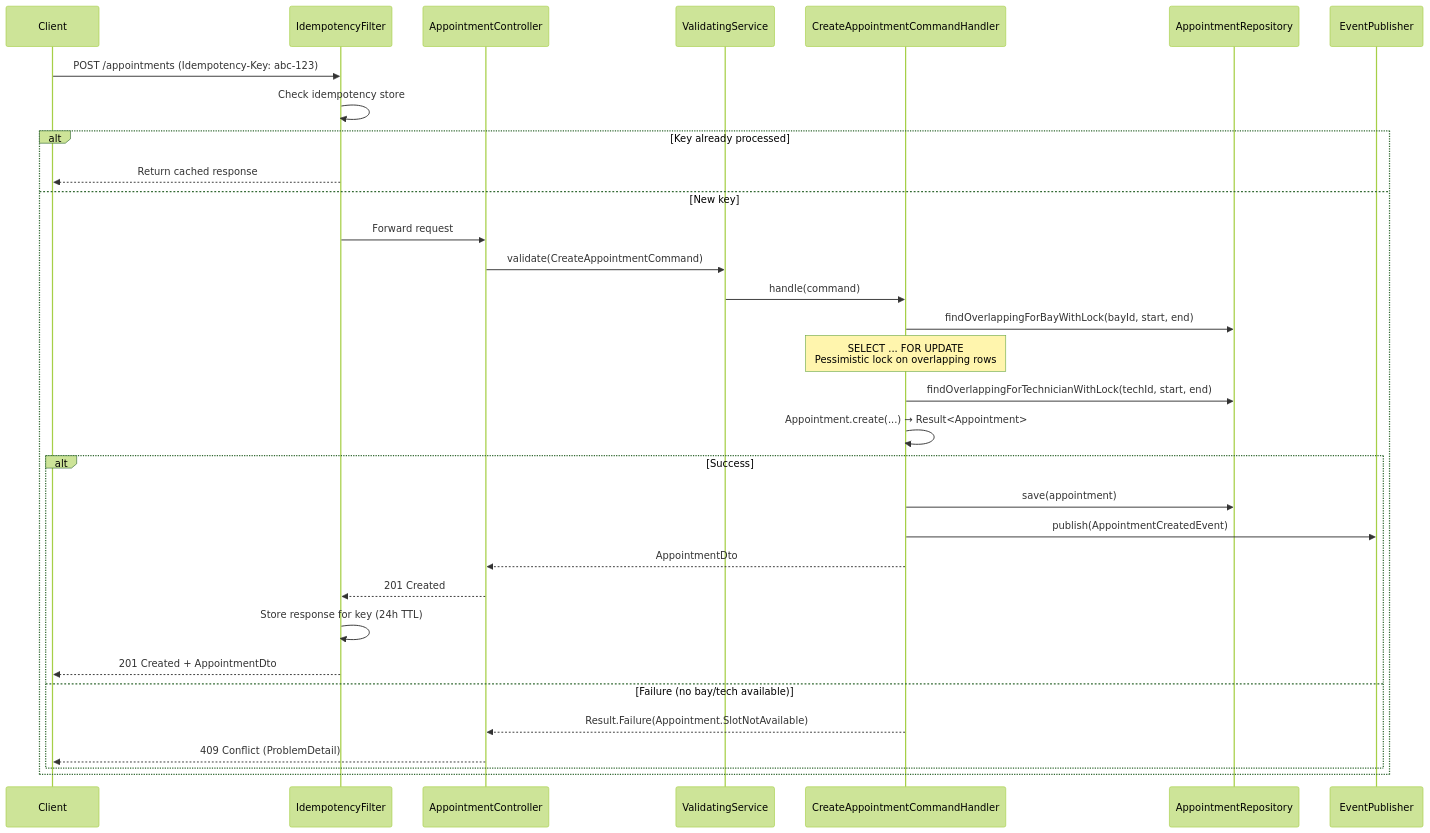
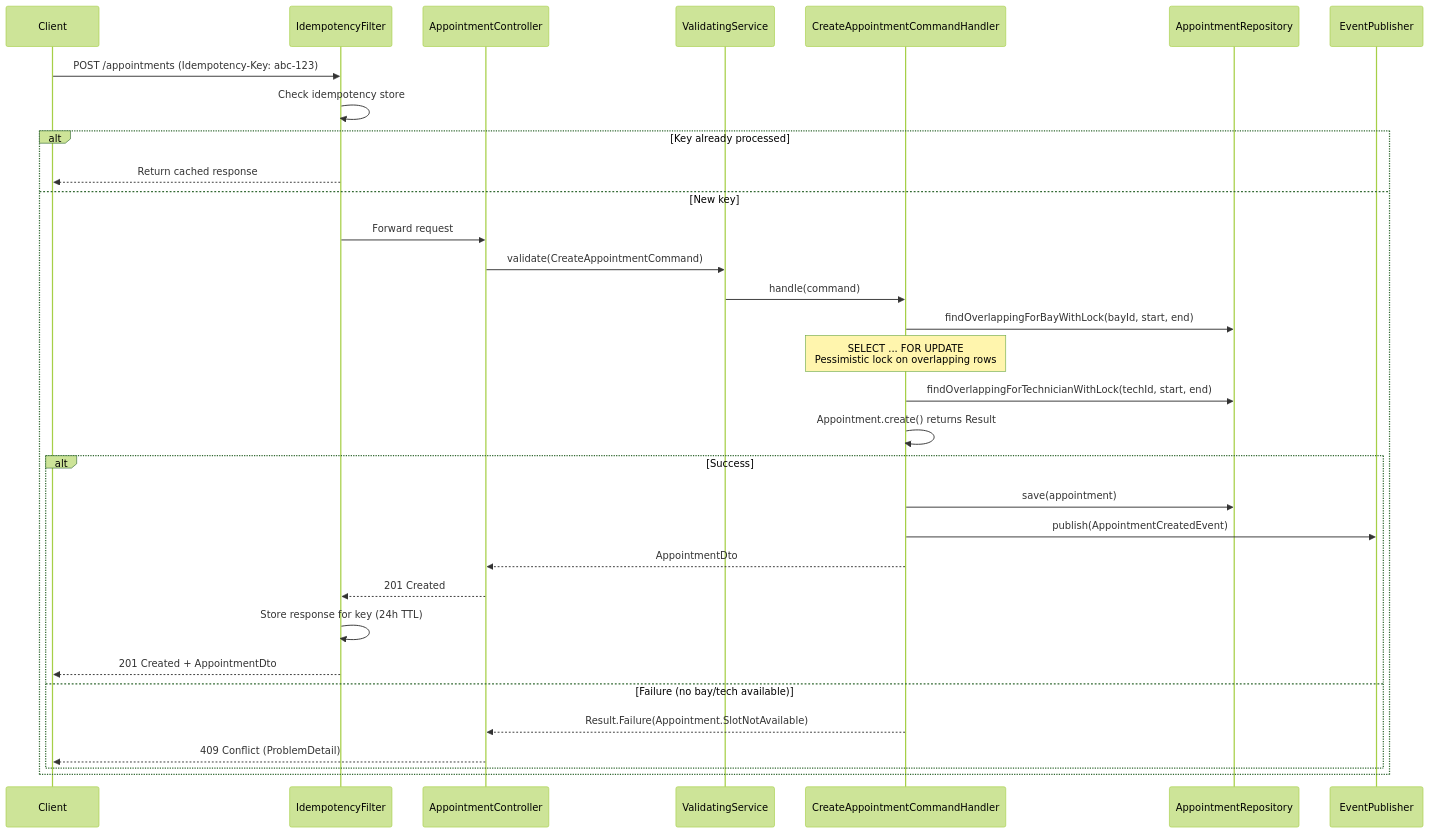
Before and after one commit to huuddd/Keyloop-OA: the third of 6 diagrams in docs/02-design.md, drawn with Mermaid (forest theme). The commit also changed other lines of this file, not shown here.

First line of the commit message:
fix: Mermaid syntax in remaining design doc diagrams

````diff
--- a/docs/02-design.md
+++ b/docs/02-design.md
@@ -197,35 +197,35 @@
 ```mermaid
 sequenceDiagram
     participant C as Client
     participant IF as IdempotencyFilter
     participant AC as AppointmentController
     participant VS as ValidatingService
     participant CH as CreateAppointmentCommandHandler
     participant AR as AppointmentRepository
     participant EP as EventPublisher
 
     C->>IF: POST /appointments (Idempotency-Key: abc-123)
     IF->>IF: Check idempotency store
     alt Key already processed
         IF-->>C: Return cached response
     else New key
         IF->>AC: Forward request
         AC->>VS: validate(CreateAppointmentCommand)
         VS->>CH: handle(command)
         CH->>AR: findOverlappingForBayWithLock(bayId, start, end)
         Note over CH: SELECT ... FOR UPDATE<br/>Pessimistic lock on overlapping rows
         CH->>AR: findOverlappingForTechnicianWithLock(techId, start, end)
-        CH->>CH: Appointment.create(...) → Result<Appointment>
+        CH->>CH: Appointment.create() returns Result
         alt Success
             CH->>AR: save(appointment)
             CH->>EP: publish(AppointmentCreatedEvent)
             CH-->>AC: AppointmentDto
             AC-->>IF: 201 Created
             IF->>IF: Store response for key (24h TTL)
             IF-->>C: 201 Created + AppointmentDto
         else Failure (no bay/tech available)
             CH-->>AC: Result.Failure(Appointment.SlotNotAvailable)
             AC-->>C: 409 Conflict (ProblemDetail)
         end
     end
 ```
````
